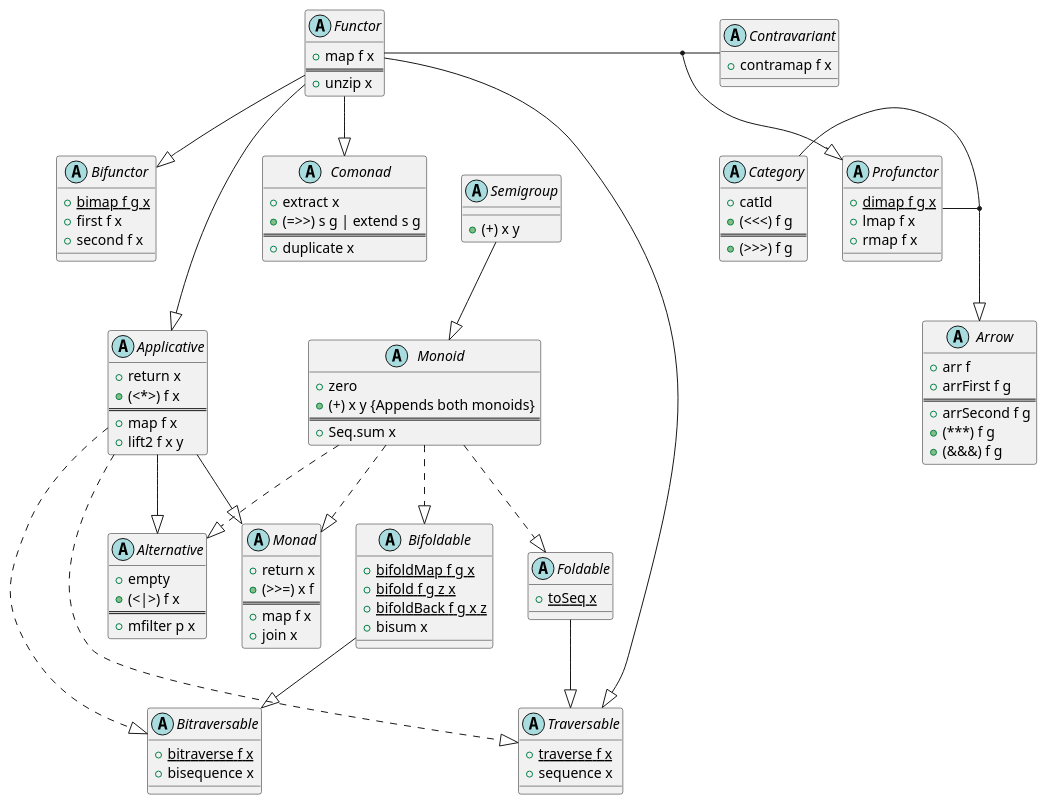
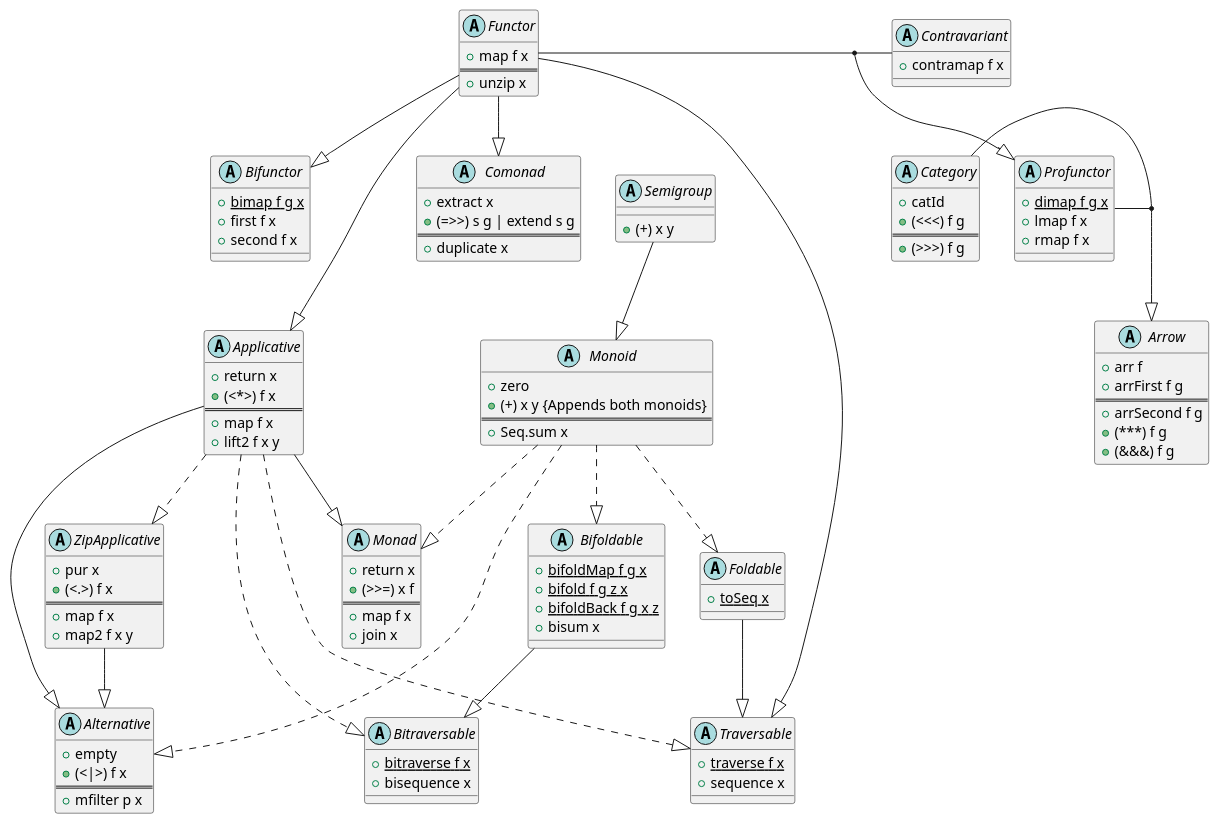
One commit to fsprojects/FSharpPlus changed the diagram in docsrc/tools/templates/abstractions.plantuml. Above: the diagram before and after it, drawn with PlantUML. The commit also changed 5 other files, not shown here.

Commit message:
+ ZipApplicative docs

```diff
--- a/docsrc/tools/templates/abstractions.plantuml
+++ b/docsrc/tools/templates/abstractions.plantuml
@@ -1,134 +1,144 @@
 @startuml
 skinparam svgDimensionStyle false
 
 together {
 	abstract class Semigroup [[http://fsprojects.github.io/FSharpPlus/abstraction-semigroup.html]] {
 	  + (+) x y
 	}
 
 	abstract class Comonad [[http://fsprojects.github.io/FSharpPlus/abstraction-comonad.html]] {
 	  + extract x
 	  + (=>>) s g | extend s g
 	  ==
 	  + duplicate x
 	}
 }
 
 abstract class Monoid [[http://fsprojects.github.io/FSharpPlus/abstraction-monoid.html]] {
   + zero
   + (+) x y {Appends both monoids}
   ==
   + Seq.sum x
 }
 
 
 abstract class Functor [[http://fsprojects.github.io/FSharpPlus/abstraction-functor.html]] {
   + map f x
   ==
   + unzip x
 }
 
 abstract class Contravariant [[http://fsprojects.github.io/FSharpPlus/abstraction-contravariant.html]] {
   + contramap f x
 }
 
 
 abstract class Applicative [[http://fsprojects.github.io/FSharpPlus/abstraction-applicative.html]] {
   + return x
   + (<*>) f x
   ==
   + map f x
   + lift2 f x y
 }
 
 abstract class Alternative [[http://fsprojects.github.io/FSharpPlus/abstraction-alternative.html]] {
   + empty
   + (<|>) f x
   ==
   + mfilter p x
+}
+
+abstract class ZipApplicative [[http://fsprojects.github.io/FSharpPlus/abstraction-zipapplicative.html]] {
+  + pur x
+  + (<.>) f x
+  ==
+  + map f x
+  + map2 f x y
 }
 
 abstract class Monad [[http://fsprojects.github.io/FSharpPlus/abstraction-monad.html]] {
   + return x
   + (>>=) x f
   ==
   + map f x
   + join x
 }
 
 
 abstract class Bifunctor [[http://fsprojects.github.io/FSharpPlus/abstraction-bifunctor.html]] {
   + {static} bimap f g x
   + first f x
   + second f x
 }
 
 
 
 abstract class Foldable [[http://fsprojects.github.io/FSharpPlus/abstraction-foldable.html]] {
   {static} + toSeq x
 }
 
 abstract class Bifoldable [[http://fsprojects.github.io/FSharpPlus/abstraction-bifoldable.html]] {
   {static} + bifoldMap f g x
   {static} + bifold f g z x
   {static} + bifoldBack f g x z
   + bisum x
 }
 
 abstract class Traversable [[http://fsprojects.github.io/FSharpPlus/abstraction-traversable.html]] {
   {static} + traverse f x
   + sequence x
 }
 
 abstract class Bitraversable [[http://fsprojects.github.io/FSharpPlus/abstraction-bitraversable.html]] {
   {static} + bitraverse f x
   + bisequence x
 }
 
 together {
 	abstract class Profunctor [[http://fsprojects.github.io/FSharpPlus/abstraction-profunctor.html]] {
 	  + {static} dimap f g x
 	  + lmap f x
 	  + rmap f x
 	}
 
 	abstract class Category [[http://fsprojects.github.io/FSharpPlus/abstraction-category.html]] {
 	  + catId
 	  + (<<<) f g
 	  ==
 	  + (>>>) f g
 	}
 }
 
 abstract class Arrow [[http://fsprojects.github.io/FSharpPlus/abstraction-arrow.html]] {
   + arr f
   + arrFirst f g
   ==
   + arrSecond f g
   + (***) f g
   + (&&&) f g
 }
 
 
 
 Semigroup  --|> Monoid 
 Functor  --|> Bifunctor
 Functor  --|> Applicative
 Applicative  --|> Monad
 Applicative  --|> Alternative
+ZipApplicative  --|> Alternative
 Monoid ..|> Monad
 Monoid ..|> Foldable
 Monoid ..|> Bifoldable
 Functor --|> Comonad
 Functor --|> Traversable
 Foldable --|> Traversable
 Bifoldable --|> Bitraversable
+Applicative ..|> ZipApplicative
 Applicative ..|> Bitraversable
 Applicative ..|> Traversable
 Monoid ..|> Alternative
 Functor - Contravariant
 (Functor, Contravariant) --|> Profunctor
 Profunctor - Category
 (Profunctor, Category) --|>  Arrow
 @enduml
```
